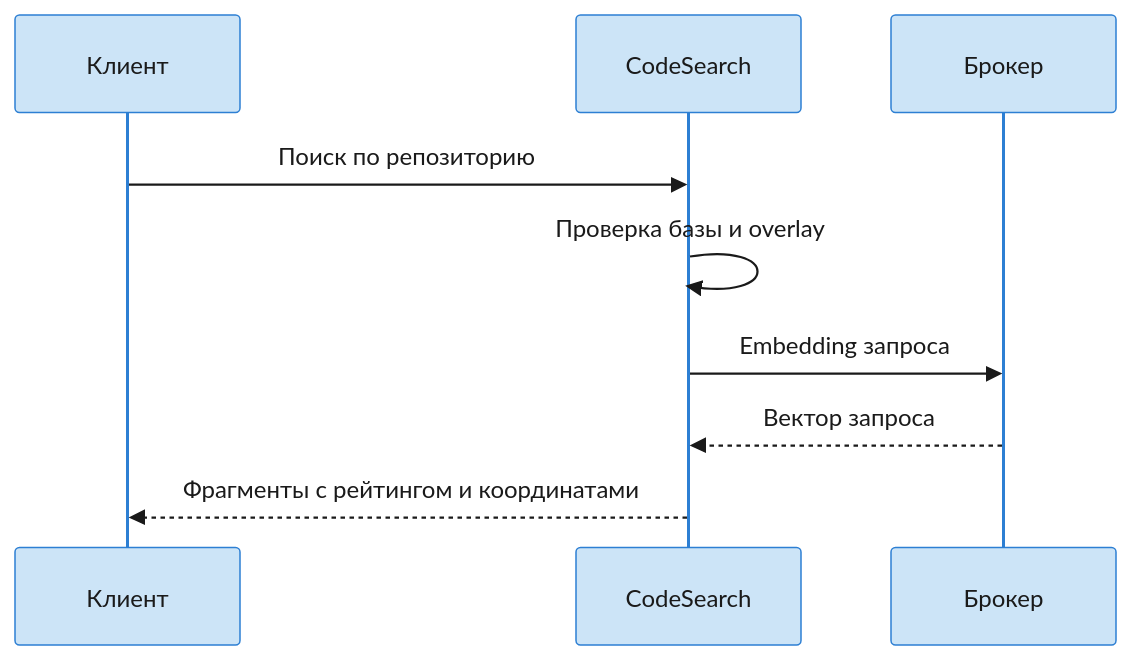
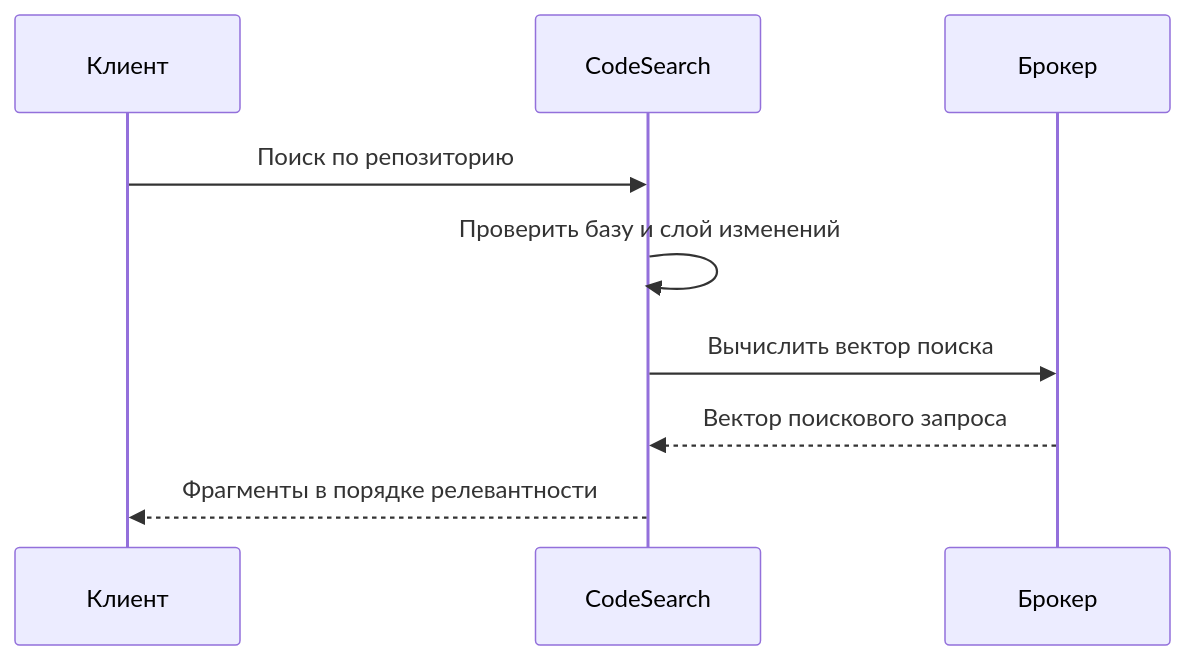
The second of 2 diagrams in docs/wiki/Architecture.ru.md (MrAliev/local-ai-toolkit), drawn with Mermaid before and after one commit. The commit also changed other lines of this file and 26 other files, not shown here.

````diff
--- a/docs/wiki/Architecture.ru.md
+++ b/docs/wiki/Architecture.ru.md
@@ -44,22 +37,11 @@
 ```mermaid
----
-config:
-  theme: base
-  themeVariables:
-    primaryColor: "#CCE4F7"
-    primaryTextColor: "#1A1A1A"
-    primaryBorderColor: "#2D7FD3"
-    lineColor: "#0067C0"
-    secondaryColor: "#FAFAFA"
-    tertiaryColor: "#F3F3F3"
----
 sequenceDiagram
   participant C as Клиент
   participant S as CodeSearch
   participant B as Брокер
   C->>S: Поиск по репозиторию
-  S->>S: Проверка базы и overlay
-  S->>B: Embedding запроса
-  B-->>S: Вектор запроса
-  S-->>C: Фрагменты с рейтингом и координатами
+  S->>S: Проверить базу и слой изменений
+  S->>B: Вычислить вектор поиска
+  B-->>S: Вектор поискового запроса
+  S-->>C: Фрагменты в порядке релевантности
 ```
````
